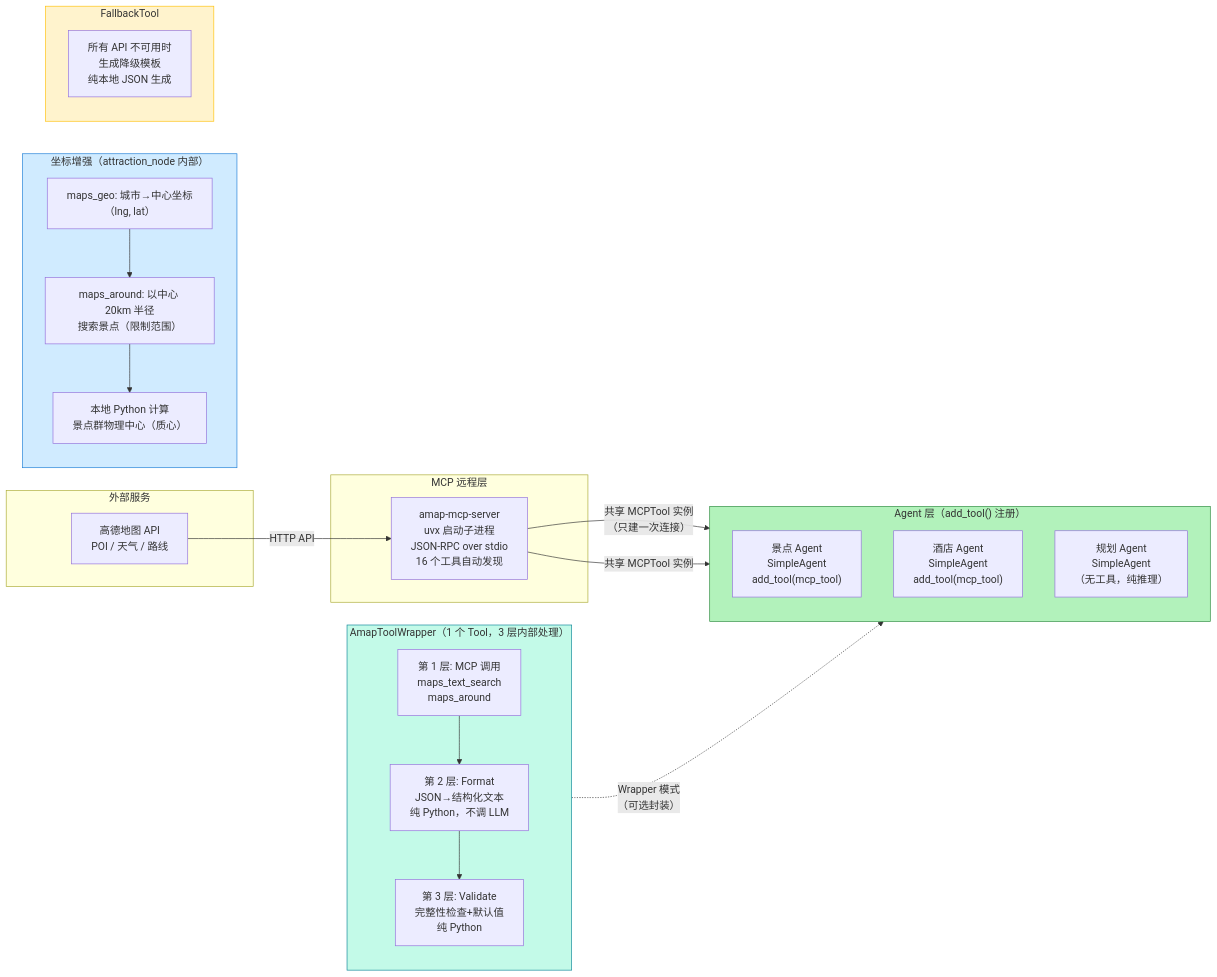
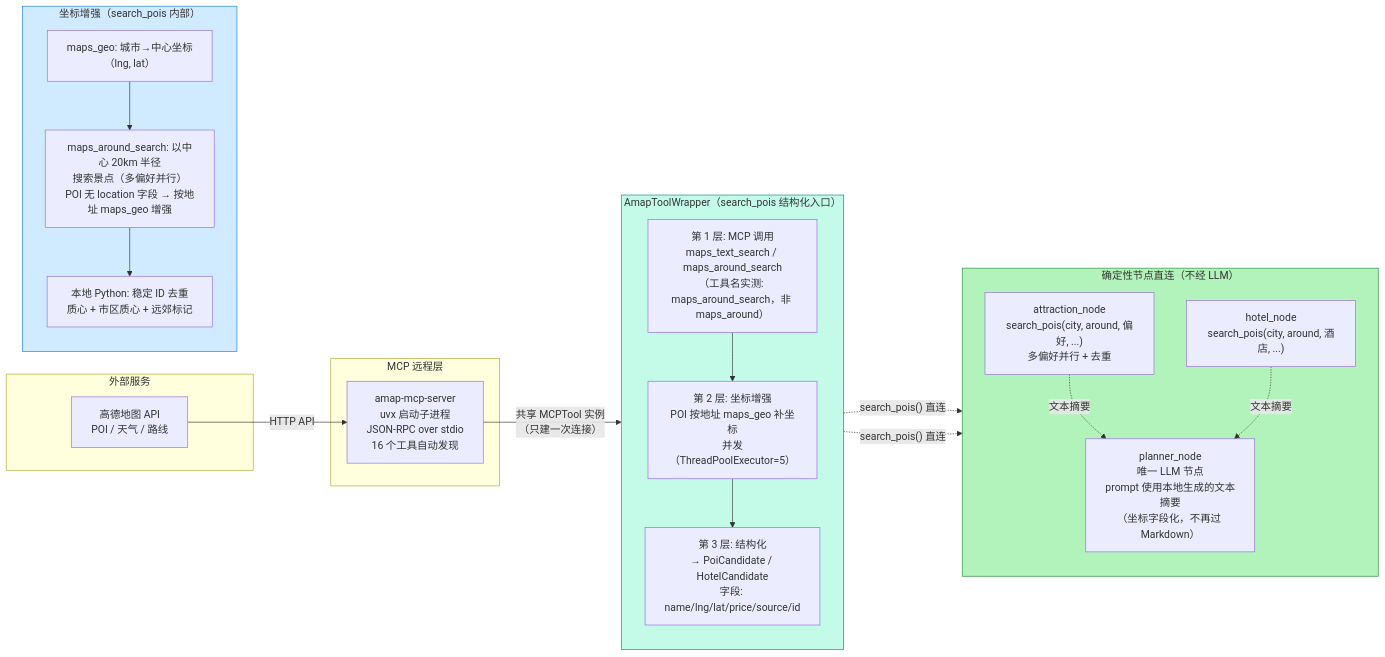
The fourth of 7 diagrams in ARCHITECTURE.md (SuperGODOG/tripplanner), drawn with Mermaid before and after one commit. The commit also changed other lines of this file and 25 other files, not shown here.

````diff
--- a/ARCHITECTURE.md
+++ b/ARCHITECTURE.md
@@ -180,47 +172,44 @@
 ```mermaid
 flowchart LR
     subgraph External["外部服务"]
         AMAP["高德地图 API<br/>POI / 天气 / 路线"]
     end
 
     subgraph MCPLayer["MCP 远程层"]
         MCPSRV["amap-mcp-server<br/>uvx 启动子进程<br/>JSON-RPC over stdio<br/>16 个工具自动发现"]
     end
 
-    subgraph GeoEnhance["坐标增强（attraction_node 内部）"]
+    subgraph GeoEnhance["坐标增强（search_pois 内部）"]
         direction TB
         GEO1["maps_geo: 城市→中心坐标<br/>（lng, lat）"]
-        GEO2["maps_around: 以中心 20km 半径<br/>搜索景点（限制范围）"]
-        GEO3["本地 Python 计算<br/>景点群物理中心（质心）"]
+        GEO2["maps_around_search: 以中心 20km 半径<br/>搜索景点（多偏好并行）<br/>POI 无 location 字段 → 按地址 maps_geo 增强"]
+        GEO3["本地 Python: 稳定 ID 去重<br/>质心 + 市区质心 + 远郊标记"]
         GEO1 --> GEO2 --> GEO3
     end
 
-    subgraph WrapperLayer["AmapToolWrapper（1 个 Tool，3 层内部处理）"]
+    subgraph WrapperLayer["AmapToolWrapper（search_pois 结构化入口）"]
         direction TB
-        L1["第 1 层: MCP 调用<br/>maps_text_search<br/>maps_around"]
-        L2["第 2 层: Format<br/>JSON→结构化文本<br/>纯 Python，不调 LLM"]
-        L3["第 3 层: Validate<br/>完整性检查+默认值<br/>纯 Python"]
+        L1["第 1 层: MCP 调用<br/>maps_text_search / maps_around_search<br/>（工具名实测: maps_around_search，非 maps_around）"]
+        L2["第 2 层: 坐标增强<br/>POI 按地址 maps_geo 补坐标<br/>并发（ThreadPoolExecutor=5）"]
+        L3["第 3 层: 结构化<br/>→ PoiCandidate / HotelCandidate<br/>字段: name/lng/lat/price/source/id"]
         L1 --> L2 --> L3
     end
 
-    subgraph FallbackLayer["FallbackTool"]
-        FB["所有 API 不可用时<br/>生成降级模板<br/>纯本地 JSON 生成"]
-    end
-
-    subgraph AgentLayer["Agent 层（add_tool() 注册）"]
+    subgraph NodeLayer["确定性节点直连（不经 LLM）"]
         direction TB
-        A1["景点 Agent<br/>SimpleAgent<br/>add_tool(mcp_tool)"]
-        A3["酒店 Agent<br/>SimpleAgent<br/>add_tool(mcp_tool)"]
-        A4["规划 Agent<br/>SimpleAgent<br/>（无工具，纯推理）"]
+        A1["attraction_node<br/>search_pois(city, around, 偏好, ...)<br/>多偏好并行 + 去重"]
+        A3["hotel_node<br/>search_pois(city, around, 酒店, ...)"]
+        A4["planner_node<br/>唯一 LLM 节点<br/>prompt 使用本地生成的文本摘要<br/>（坐标字段化，不再过 Markdown）"]
     end
 
     AMAP -->|"HTTP API"| MCPSRV
-    MCPSRV -->|"共享 MCPTool 实例<br/>（只建一次连接）"| A1
-    MCPSRV -->|"共享 MCPTool 实例"| A3
-    L3 -.->|"Wrapper 模式<br/>（可选封装）"| A1
+    MCPSRV -->|"共享 MCPTool 实例<br/>（只建一次连接）"| WrapperLayer
+    WrapperLayer -.->|"search_pois() 直连"| A1
+    WrapperLayer -.->|"search_pois() 直连"| A3
+    A1 -.->|"文本摘要"| A4
+    A3 -.->|"文本摘要"| A4
 
     style GeoEnhance fill:#d0ebff,stroke:#1c7ed6
     style WrapperLayer fill:#c3fae8,stroke:#0c8599
-    style FallbackLayer fill:#fff3cd,stroke:#ffc107
-    style AgentLayer fill:#b2f2bb,stroke:#2b8a3e
+    style NodeLayer fill:#b2f2bb,stroke:#2b8a3e
 ```
````
